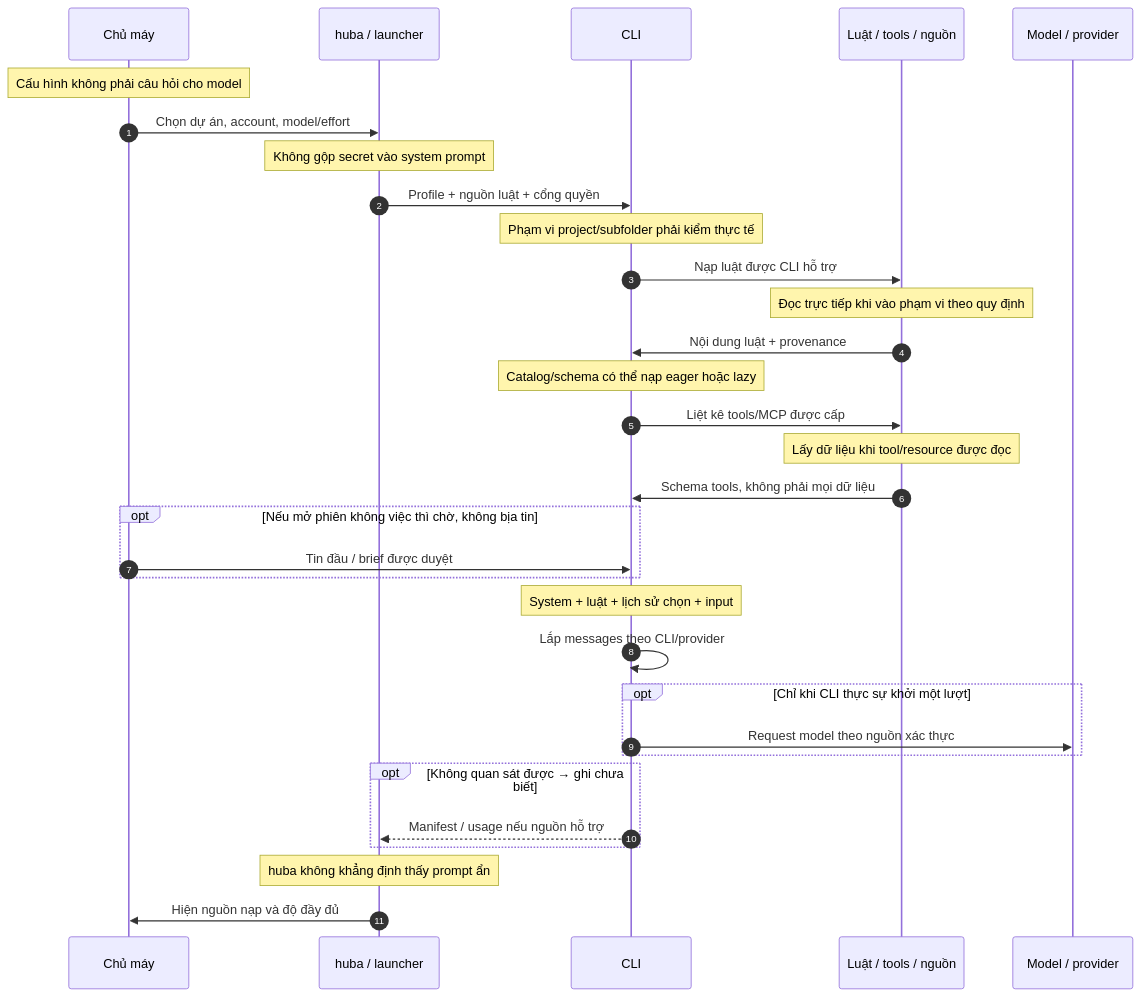
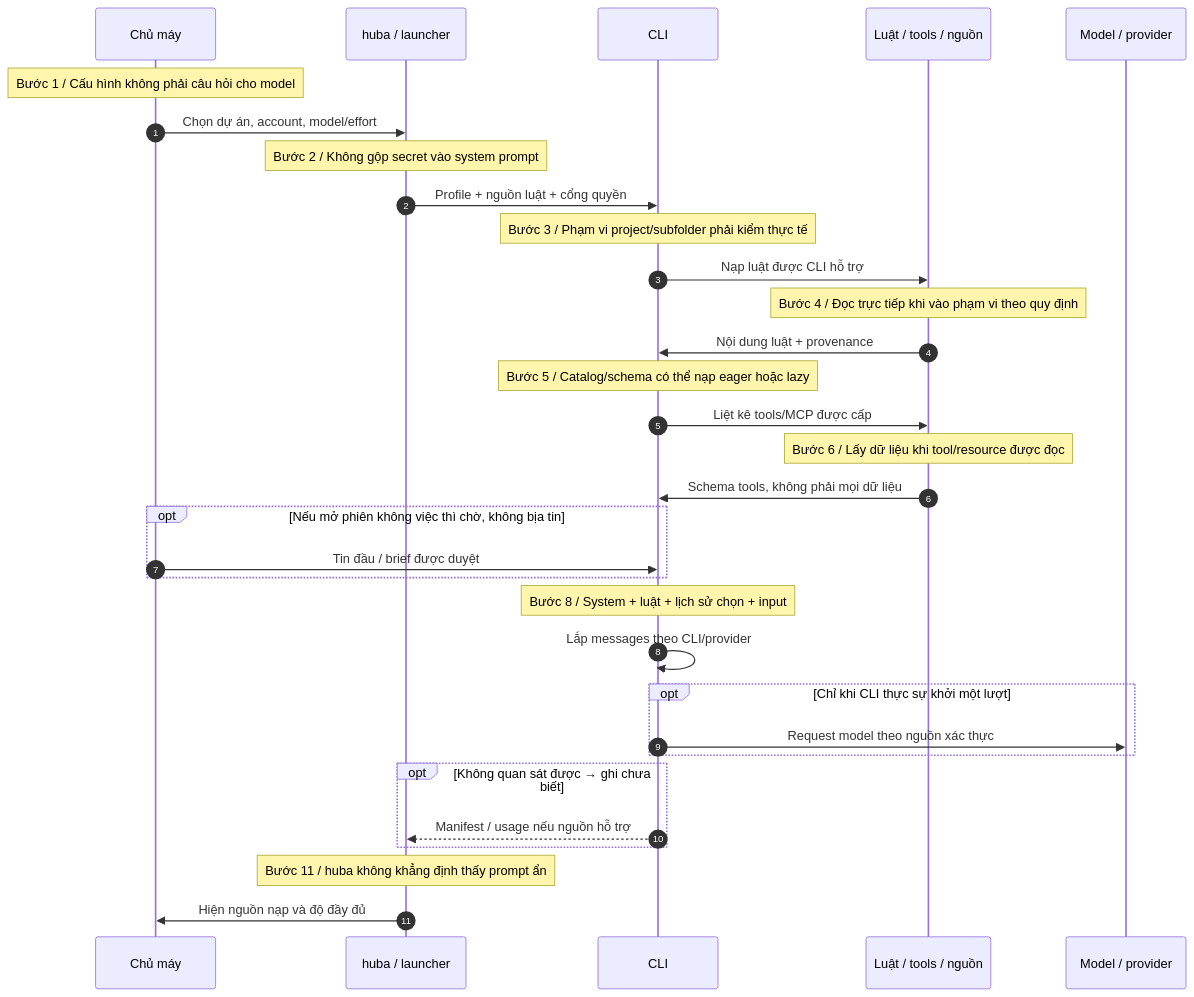
One commit to dipgle/tele-sihub changed diagram 15 of 19 in docs/flows/index.md. Above: the diagram before and after it, drawn with Mermaid. The commit also changed other lines of this file and 184 other files, not shown here.

````diff
--- a/docs/flows/index.md
+++ b/docs/flows/index.md
@@ -624,34 +1035,34 @@
 ```mermaid
 sequenceDiagram
     autonumber
     participant P0 as Chủ máy
     participant P1 as huba / launcher
     participant P2 as CLI
     participant P3 as Luật / tools / nguồn
     participant P4 as Model / provider
-    Note over P0: Cấu hình không phải câu hỏi cho model
+    Note over P0: Bước 1 / Cấu hình không phải câu hỏi cho model
     P0->>P1: Chọn dự án, account, model/effort
-    Note over P1: Không gộp secret vào system prompt
+    Note over P1: Bước 2 / Không gộp secret vào system prompt
     P1->>P2: Profile + nguồn luật + cổng quyền
-    Note over P2: Phạm vi project/subfolder phải kiểm thực tế
+    Note over P2: Bước 3 / Phạm vi project/subfolder phải kiểm thực tế
     P2->>P3: Nạp luật được CLI hỗ trợ
-    Note over P3: Đọc trực tiếp khi vào phạm vi theo quy định
+    Note over P3: Bước 4 / Đọc trực tiếp khi vào phạm vi theo quy định
     P3->>P2: Nội dung luật + provenance
-    Note over P2: Catalog/schema có thể nạp eager hoặc lazy
+    Note over P2: Bước 5 / Catalog/schema có thể nạp eager hoặc lazy
     P2->>P3: Liệt kê tools/MCP được cấp
-    Note over P3: Lấy dữ liệu khi tool/resource được đọc
+    Note over P3: Bước 6 / Lấy dữ liệu khi tool/resource được đọc
     P3->>P2: Schema tools, không phải mọi dữ liệu
     opt Nếu mở phiên không việc thì chờ, không bịa tin
     P0->>P2: Tin đầu / brief được duyệt
     end
-    Note over P2: System + luật + lịch sử chọn + input
+    Note over P2: Bước 8 / System + luật + lịch sử chọn + input
     P2->>P2: Lắp messages theo CLI/provider
     opt Chỉ khi CLI thực sự khởi một lượt
     P2->>P4: Request model theo nguồn xác thực
     end
     opt Không quan sát được → ghi chưa biết
     P2-->>P1: Manifest / usage nếu nguồn hỗ trợ
     end
-    Note over P1: huba không khẳng định thấy prompt ẩn
+    Note over P1: Bước 11 / huba không khẳng định thấy prompt ẩn
     P1->>P0: Hiện nguồn nạp và độ đầy đủ
 ```
````
